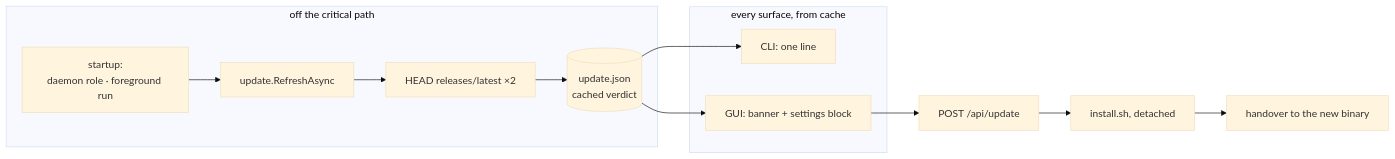
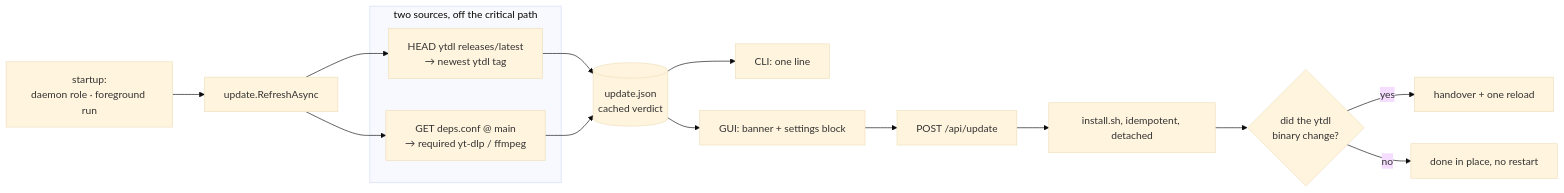
One commit to alergyonthestage/ytdl changed the first of 4 diagrams in docs/design-cycle6plus-update.md. Above: the diagram before and after it, drawn with Mermaid (base theme). The commit also changed other lines of this file and 2 other files, not shown here.

````diff
--- a/docs/design-cycle6plus-update.md
+++ b/docs/design-cycle6plus-update.md
@@ -17,15 +22,17 @@
 ```mermaid
 flowchart LR
-  subgraph refresh["off the critical path"]
-    S["startup:<br/>daemon role · foreground run"] --> R["update.RefreshAsync"]
-    R --> P["HEAD releases/latest ×2"]
-    P --> C[("update.json<br/>cached verdict")]
+  subgraph sources["two sources, off the critical path"]
+    A["HEAD ytdl releases/latest<br/>→ newest ytdl tag"]
+    B["GET deps.conf @ main<br/>→ required yt-dlp / ffmpeg"]
   end
-  subgraph read["every surface, from cache"]
-    C --> CLI["CLI: one line"]
-    C --> GUI["GUI: banner + settings block"]
-  end
-  GUI --> A["POST /api/update"]
-  A --> I["install.sh, detached"]
-  I --> H["handover to the new binary"]
+  S["startup:<br/>daemon role · foreground run"] --> R["update.RefreshAsync"]
+  R --> A & B
+  A & B --> C[("update.json<br/>cached verdict")]
+  C --> CLI["CLI: one line"]
+  C --> GUI["GUI: banner + settings block"]
+  GUI --> P["POST /api/update"]
+  P --> I["install.sh, idempotent, detached"]
+  I --> H{"did the ytdl<br/>binary change?"}
+  H -->|yes| HO["handover + one reload"]
+  H -->|no| DONE["done in place, no restart"]
 ```
````
